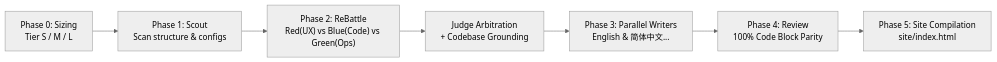
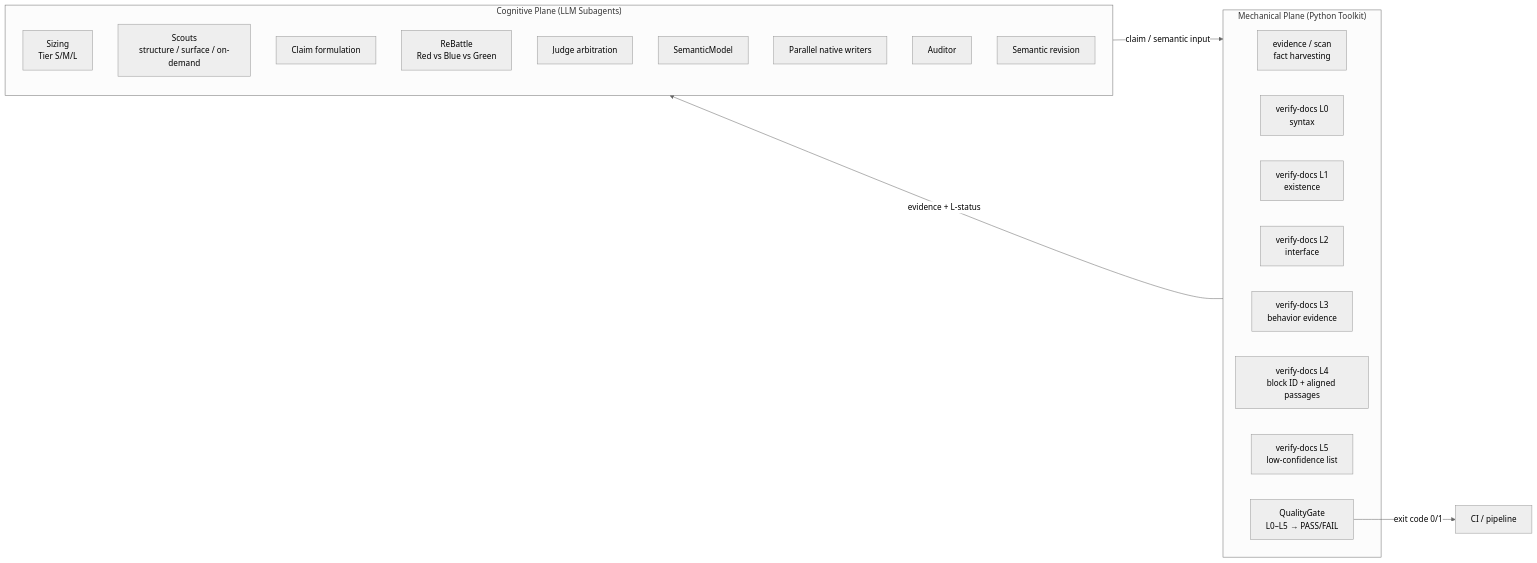
Before and after one commit to somnifex/MakeWiki.skills: the diagram in README.en.md, drawn with Mermaid (neutral theme). The commit also changed other lines of this file and 61 other files, not shown here.

````diff
--- a/README.en.md
+++ b/README.en.md
@@ -86,9 +102,29 @@
 ```mermaid
 flowchart LR
-    Sizing["Phase 0: Sizing<br/>Tier S / M / L"] --> Scout["Phase 1: Scout<br/>Scan structure & configs"]
-    Scout --> ReBattle["Phase 2: ReBattle<br/>Red(UX) vs Blue(Code) vs Green(Ops)"]
-    ReBattle --> Judge["Judge Arbitration<br/>+ Codebase Grounding"]
-    Judge --> Writers["Phase 3: Parallel Writers<br/>English & 简体中文..."]
-    Writers --> Review["Phase 4: Review<br/>100% Code Block Parity"]
-    Review --> Site["Phase 5: Site Compilation<br/>site/index.html"]
+    subgraph Cognitive["Cognitive Plane (LLM Subagents)"]
+        Sizing["Sizing<br/>Tier S/M/L"]
+        Scout["Scouts<br/>structure / surface / on-demand"]
+        Claims["Claim formulation"]
+        ReB["ReBattle<br/>Red vs Blue vs Green"]
+        Judge["Judge arbitration"]
+        Model["SemanticModel"]
+        Writers["Parallel native writers"]
+        Audit["Auditor"]
+        Revise["Semantic revision"]
+    end
+
+    subgraph Mechanical["Mechanical Plane (Python Toolkit)"]
+        Evid["evidence / scan<br/>fact harvesting"]
+        V0["verify-docs L0<br/>syntax"]
+        V1["verify-docs L1<br/>existence"]
+        V2["verify-docs L2<br/>interface"]
+        V3["verify-docs L3<br/>behavior evidence"]
+        V4["verify-docs L4<br/>block ID + aligned passages"]
+        V5["verify-docs L5<br/>low-confidence list"]
+        QG["QualityGate<br/>L0–L5 → PASS/FAIL"]
+    end
+
+    Cognitive -->|claim / semantic input| Mechanical
+    Mechanical -->|evidence + L-status| Cognitive
+    QG -->|exit code 0/1| CI[CI / pipeline]
 ```
````
